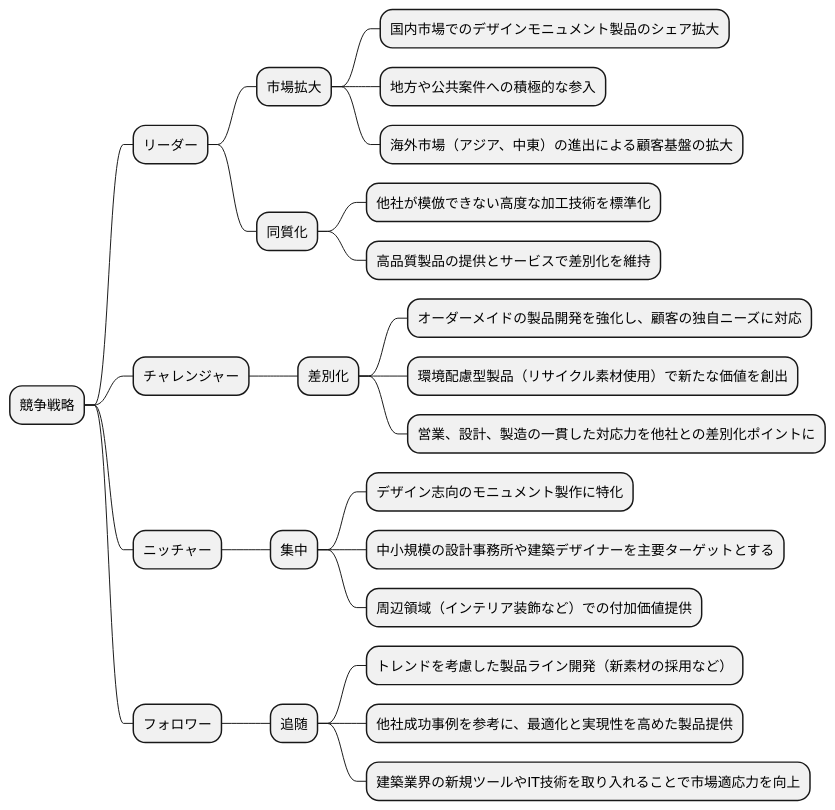
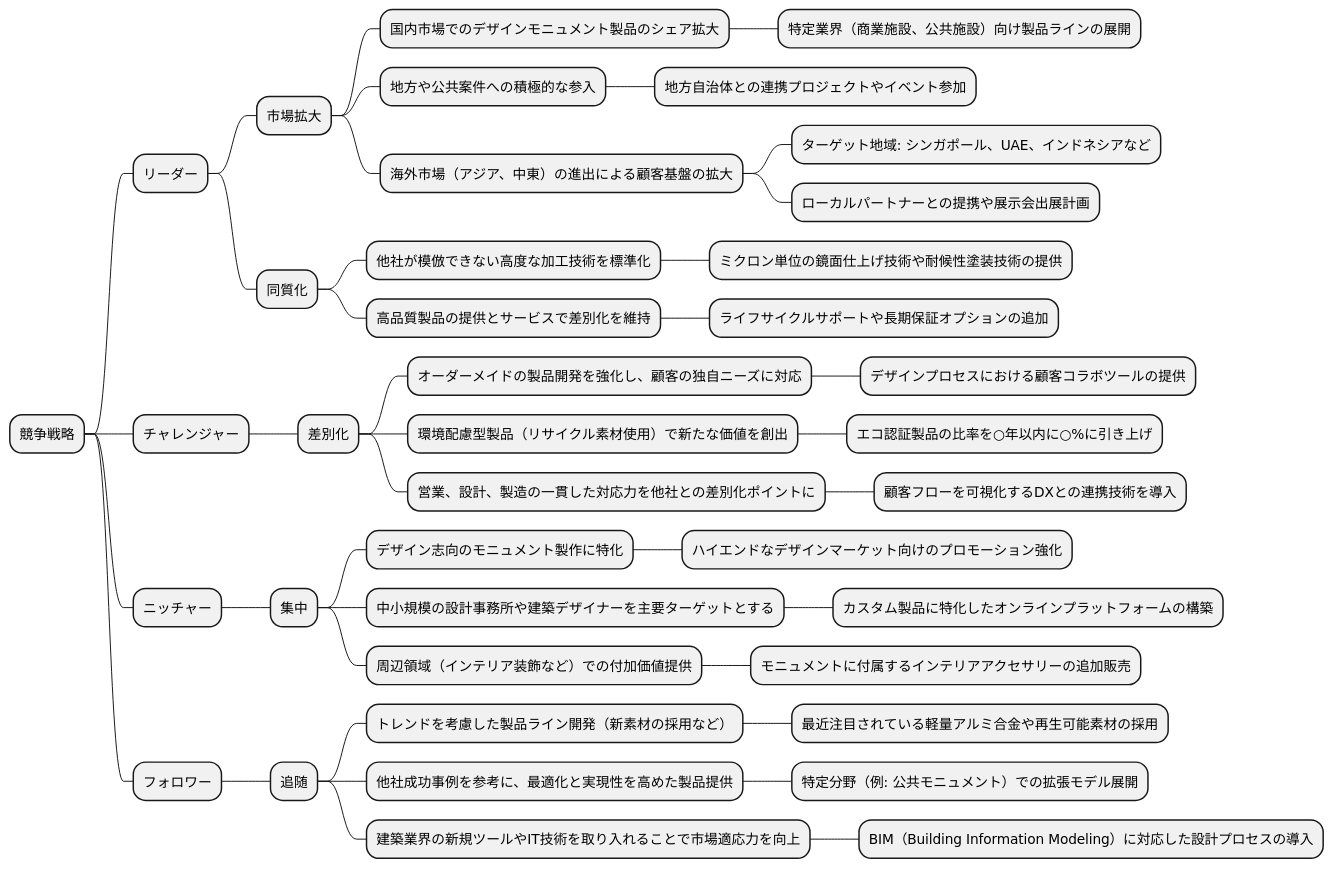
Before and after one commit to k2works/case-study-business-analysis: the ninth of 19 diagrams in docs/case/r02_case_3.adoc, drawn with PlantUML. The commit also changed other lines of this file, not shown here.

```diff
--- a/docs/case/r02_case_3.adoc
+++ b/docs/case/r02_case_3.adoc
@@ -346,31 +446,46 @@
 [plantuml]
 ----
 @startmindmap
 
 * 競争戦略
 ** リーダー
 *** 市場拡大
 **** 国内市場でのデザインモニュメント製品のシェア拡大
+***** 特定業界（商業施設、公共施設）向け製品ラインの展開
 **** 地方や公共案件への積極的な参入
+***** 地方自治体との連携プロジェクトやイベント参加
 **** 海外市場（アジア、中東）の進出による顧客基盤の拡大
+***** ターゲット地域: シンガポール、UAE、インドネシアなど
+***** ローカルパートナーとの提携や展示会出展計画
 *** 同質化
 **** 他社が模倣できない高度な加工技術を標準化
+***** ミクロン単位の鏡面仕上げ技術や耐候性塗装技術の提供
 **** 高品質製品の提供とサービスで差別化を維持
+***** ライフサイクルサポートや長期保証オプションの追加
 ** チャレンジャー
 *** 差別化
 **** オーダーメイドの製品開発を強化し、顧客の独自ニーズに対応
+***** デザインプロセスにおける顧客コラボツールの提供
 **** 環境配慮型製品（リサイクル素材使用）で新たな価値を創出
+***** エコ認証製品の比率を○年以内に○%に引き上げ
 **** 営業、設計、製造の一貫した対応力を他社との差別化ポイントに
+***** 顧客フローを可視化するDXとの連携技術を導入
 ** ニッチャー
 *** 集中
 **** デザイン志向のモニュメント製作に特化
+***** ハイエンドなデザインマーケット向けのプロモーション強化
 **** 中小規模の設計事務所や建築デザイナーを主要ターゲットとする
+***** カスタム製品に特化したオンラインプラットフォームの構築
 **** 周辺領域（インテリア装飾など）での付加価値提供
+***** モニュメントに付属するインテリアアクセサリーの追加販売
 ** フォロワー
 *** 追随
 **** トレンドを考慮した製品ライン開発（新素材の採用など）
+***** 最近注目されている軽量アルミ合金や再生可能素材の採用
 **** 他社成功事例を参考に、最適化と実現性を高めた製品提供
+***** 特定分野（例: 公共モニュメント）での拡張モデル展開
 **** 建築業界の新規ツールやIT技術を取り入れることで市場適応力を向上
+***** BIM（Building Information Modeling）に対応した設計プロセスの導入
 
 @endmindmap
 ----
```
